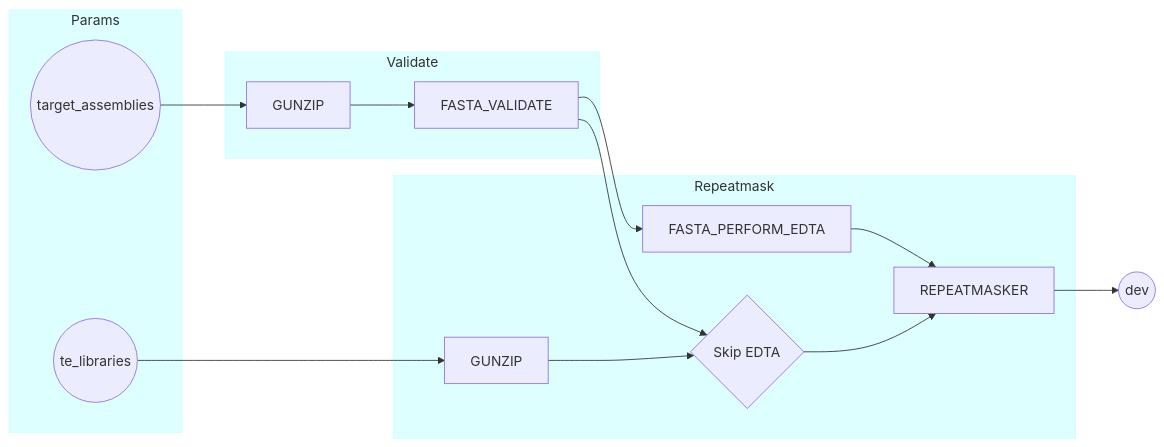
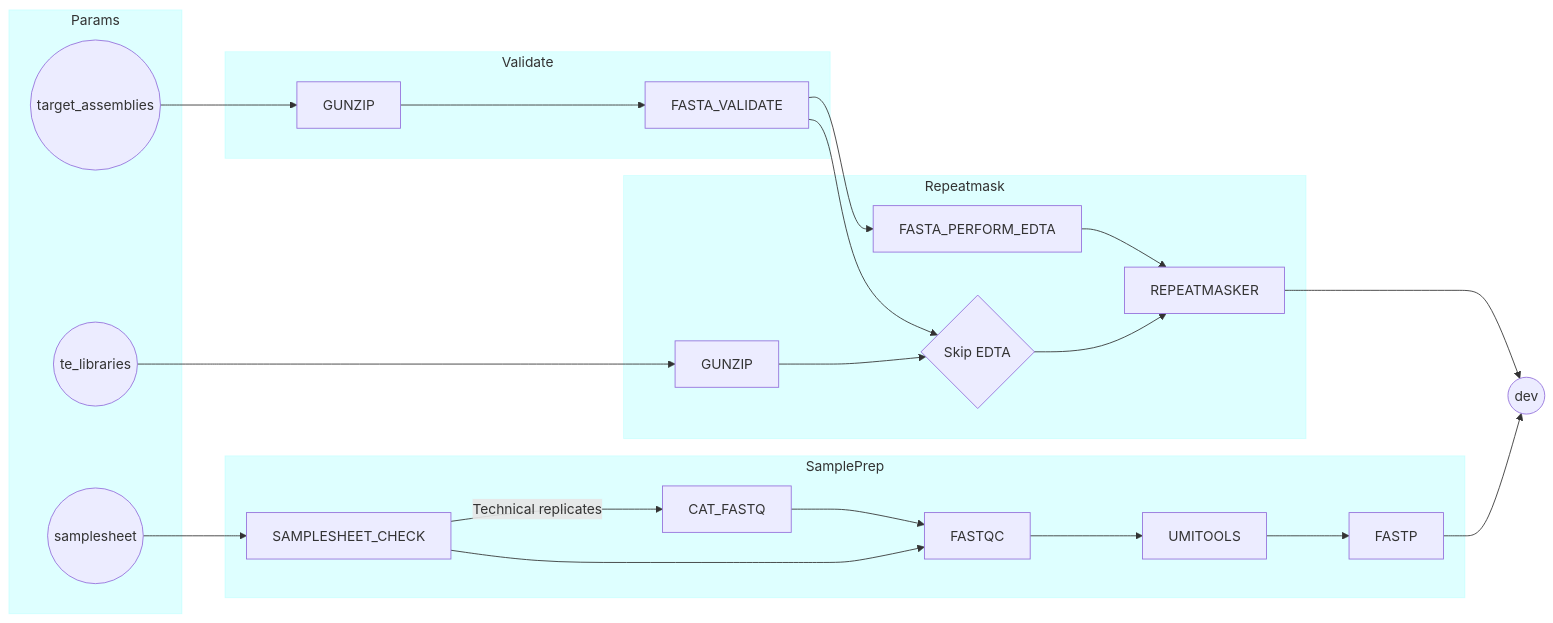
One commit to rosscrowhurst/genepal changed the diagram in README.md. Above: the diagram before and after it, drawn with Mermaid.

Commit message:
Updated the flowchart

````diff
--- a/README.md
+++ b/README.md
@@ -6,42 +6,59 @@
 ```mermaid
 flowchart LR
     TARGET_ASSEMBLIES((target_assemblies))
     TE_LIBRARIES((te_libraries))
+    SAMPLESHEET((samplesheet))
+    GUNZIP_TE[GUNZIP]
     SKIP_EDTA{Skip EDTA}
     pend((dev))
-    GUNZIP_TE[GUNZIP]
     
     TARGET_ASSEMBLIES --> GUNZIP
     GUNZIP --> FASTA_VALIDATE
     FASTA_VALIDATE --> FASTA_PERFORM_EDTA
     FASTA_VALIDATE --> SKIP_EDTA
     
     TE_LIBRARIES --> GUNZIP_TE
+    GUNZIP_TE --> SKIP_EDTA
     SKIP_EDTA --> REPEATMASKER
-    GUNZIP_TE --> SKIP_EDTA
-    
     FASTA_PERFORM_EDTA --> REPEATMASKER
+    REPEATMASKER --> pend
 
-    REPEATMASKER --> pend
+    SAMPLESHEET --> SAMPLESHEET_CHECK
+    SAMPLESHEET_CHECK --> |Technical replicates|CAT_FASTQ
+    CAT_FASTQ --> FASTQC
+    SAMPLESHEET_CHECK --> FASTQC
+    FASTQC --> UMITOOLS
+    UMITOOLS --> FASTP
+    FASTP --> pend
 
     subgraph Params
     TARGET_ASSEMBLIES
     TE_LIBRARIES
+    SAMPLESHEET
     end
 
     subgraph Validate
     GUNZIP
     FASTA_VALIDATE
     end
 
     subgraph Repeatmask
     GUNZIP_TE
     FASTA_PERFORM_EDTA
     SKIP_EDTA
     REPEATMASKER
     end
 
+    subgraph SamplePrep
+    SAMPLESHEET_CHECK
+    CAT_FASTQ
+    FASTQC
+    UMITOOLS
+    FASTP
+    end
+
     style Params fill:#00FFFF21,stroke:#00FFFF21
     style Validate fill:#00FFFF21,stroke:#00FFFF21
     style Repeatmask fill:#00FFFF21,stroke:#00FFFF21
+    style SamplePrep fill:#00FFFF21,stroke:#00FFFF21
 ```
````
